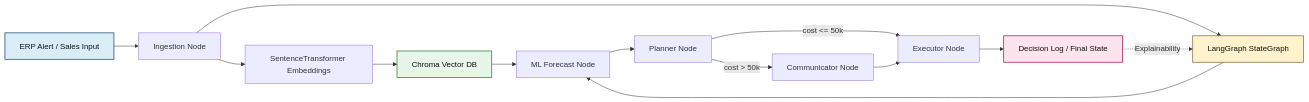
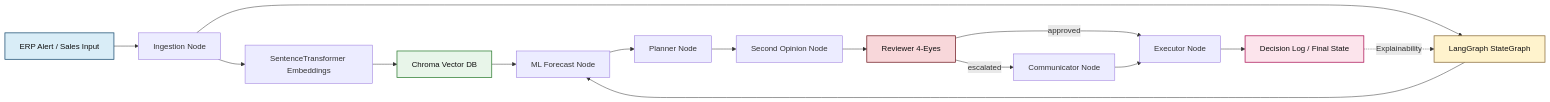
One commit to AgnesYYQ/supply-chain-reorder changed the second of 3 diagrams in README.md. Above: the diagram before and after it, drawn with Mermaid. The commit also changed other lines of this file and 4 other files, not shown here.

Commit message:
Add 2nd Opinion and 4-Eyes Principal

````diff
--- a/README.md
+++ b/README.md
@@ -235,19 +75,22 @@
 ```mermaid
 flowchart LR
 	ERP["ERP Alert / Sales Input"] --> ING["Ingestion Node"]
 	ING --> EMB["SentenceTransformer Embeddings"]
 	EMB --> CHR["Chroma Vector DB"]
 	ING --> FLOW["LangGraph StateGraph"]
 	CHR --> ML["ML Forecast Node"]
 	FLOW --> ML
 	ML --> PLN["Planner Node"]
-	PLN -->|cost > 50k| COM["Communicator Node"]
-	PLN -->|cost <= 50k| EXE["Executor Node"]
+	PLN --> OP["Second Opinion Node"]
+	OP --> REV["Reviewer 4-Eyes"]
+	REV -->|approved| EXE["Executor Node"]
+	REV -->|escalated| COM["Communicator Node"]
 	COM --> EXE
 	EXE --> LOG["Decision Log / Final State"]
 	LOG -.->|Explainability| FLOW
 	style ERP fill:#d9edf7,stroke:#1b4d72,stroke-width:1.5px,color:#111
 	style CHR fill:#e8f5e9,stroke:#2e7d32,stroke-width:1.5px,color:#111
 	style FLOW fill:#fff3cd,stroke:#8a6d3b,stroke-width:1.5px,color:#111
+	style REV fill:#f8d7da,stroke:#721c24,stroke-width:1.5px,color:#111
 	style LOG fill:#fce4ec,stroke:#ad1457,stroke-width:1.5px,color:#111
 ```
````
